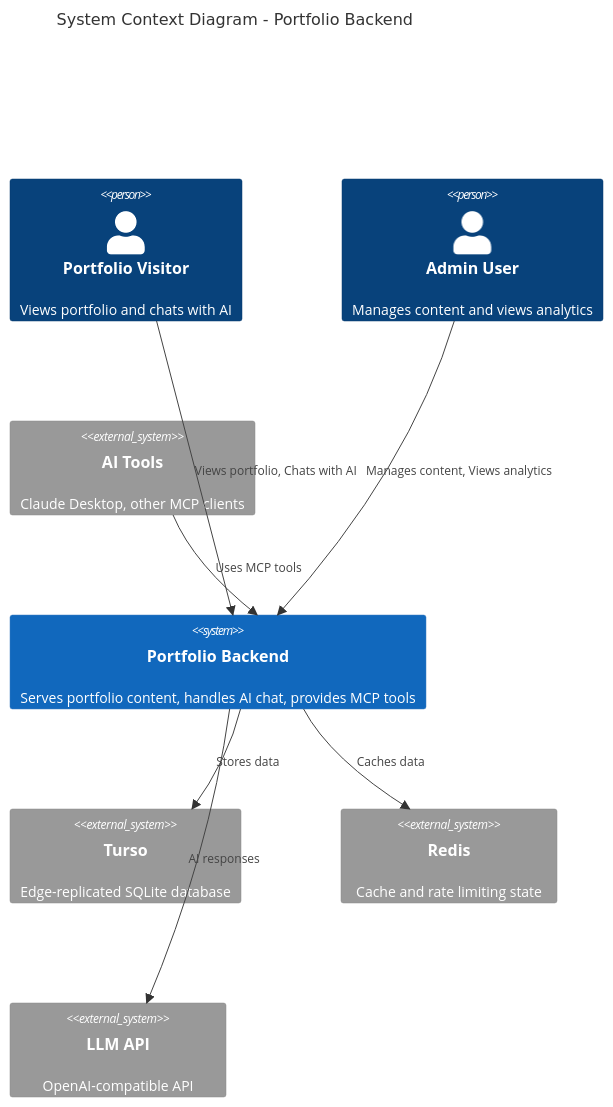
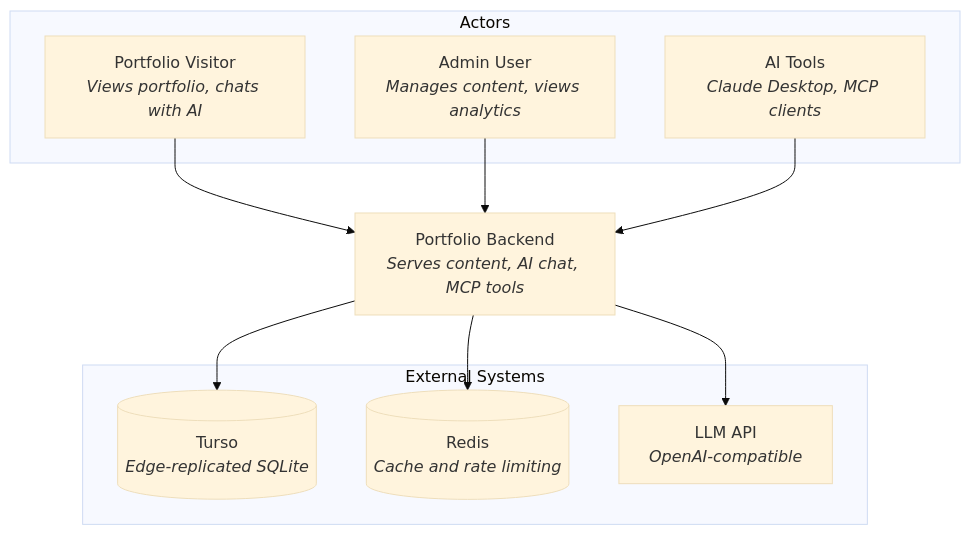
Before and after one commit to spencerjireh/portfolio-cms-express-backend-with-mcp-server: the first of 8 diagrams in docs-site/architecture/high-level-design.md, drawn with Mermaid (base theme). The commit also changed other lines of this file and 6 other files, not shown here.

First line of the commit message:
refactor(docs): convert all ASCII diagrams to Mermaid

````diff
--- a/docs-site/architecture/high-level-design.md
+++ b/docs-site/architecture/high-level-design.md
@@ -42,22 +42,23 @@
 ```mermaid
-C4Context
-    title System Context Diagram - Portfolio Backend
+flowchart TB
+    subgraph Actors
+        visitor["Portfolio Visitor<br/><i>Views portfolio, chats with AI</i>"]
+        admin["Admin User<br/><i>Manages content, views analytics</i>"]
+        aiTools["AI Tools<br/><i>Claude Desktop, MCP clients</i>"]
+    end
 
-    Person(visitor, "Portfolio Visitor", "Views portfolio and chats with AI")
-    Person(admin, "Admin User", "Manages content and views analytics")
-    System_Ext(aiTools, "AI Tools", "Claude Desktop, other MCP clients")
+    backend["Portfolio Backend<br/><i>Serves content, AI chat, MCP tools</i>"]
 
-    System(backend, "Portfolio Backend", "Serves portfolio content, handles AI chat, provides MCP tools")
+    subgraph External["External Systems"]
+        turso[("Turso<br/><i>Edge-replicated SQLite</i>")]
+        redis[("Redis<br/><i>Cache and rate limiting</i>")]
+        llm["LLM API<br/><i>OpenAI-compatible</i>"]
+    end
 
-    System_Ext(turso, "Turso", "Edge-replicated SQLite database")
-    System_Ext(redis, "Redis", "Cache and rate limiting state")
-    System_Ext(llm, "LLM API", "OpenAI-compatible API")
-
-    Rel(visitor, backend, "Views portfolio, Chats with AI")
-    Rel(admin, backend, "Manages content, Views analytics")
-    Rel(aiTools, backend, "Uses MCP tools")
-
-    Rel(backend, turso, "Stores data")
-    Rel(backend, redis, "Caches data")
-    Rel(backend, llm, "AI responses")
+    visitor --> backend
+    admin --> backend
+    aiTools --> backend
+    backend --> turso
+    backend --> redis
+    backend --> llm
 ```
````
